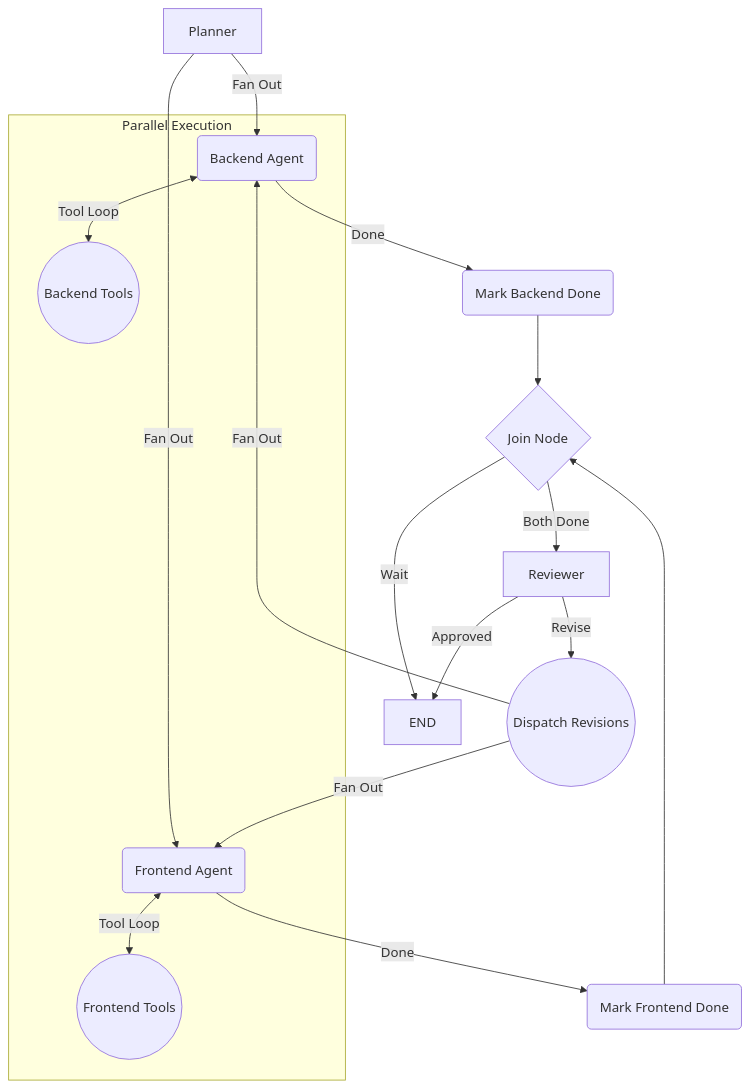
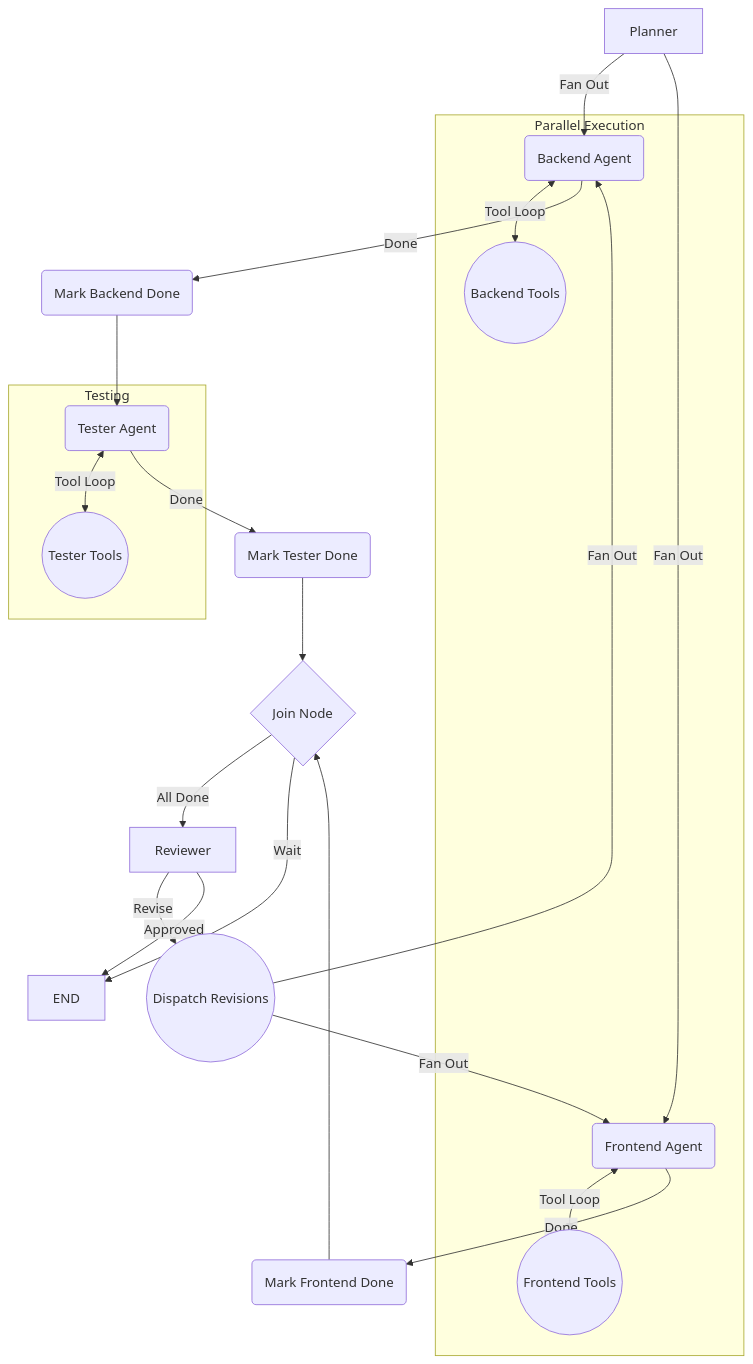
One commit to ayushchaurasia19/Multiagent-Software-dev-team changed the diagram in README.md. Above: the diagram before and after it, drawn with Mermaid. The commit also changed other lines of this file and 13 other files, not shown here.

Commit message:
added tester agent

````diff
--- a/README.md
+++ b/README.md
@@ -26,24 +26,31 @@
 ```mermaid
 graph TD
     P[Planner] -->|Fan Out| B(Backend Agent)
     P -->|Fan Out| F(Frontend Agent)
     
     subgraph Parallel Execution
         B <-->|Tool Loop| BT((Backend Tools))
         F <-->|Tool Loop| FT((Frontend Tools))
     end
     
     B -->|Done| MD(Mark Backend Done)
+    MD --> T(Tester Agent)
+    
+    subgraph Testing
+        T <-->|Tool Loop| TT((Tester Tools))
+    end
+    
+    T -->|Done| MT(Mark Tester Done)
     F -->|Done| MF(Mark Frontend Done)
     
-    MD --> J{Join Node}
+    MT --> J{Join Node}
     MF --> J
     
-    J -->|Both Done| R[Reviewer]
+    J -->|All Done| R[Reviewer]
     J -->|Wait| END
     
     R -->|Revise| DR((Dispatch Revisions))
     DR -->|Fan Out| B
     DR -->|Fan Out| F
     R -->|Approved| END
 ```
````
